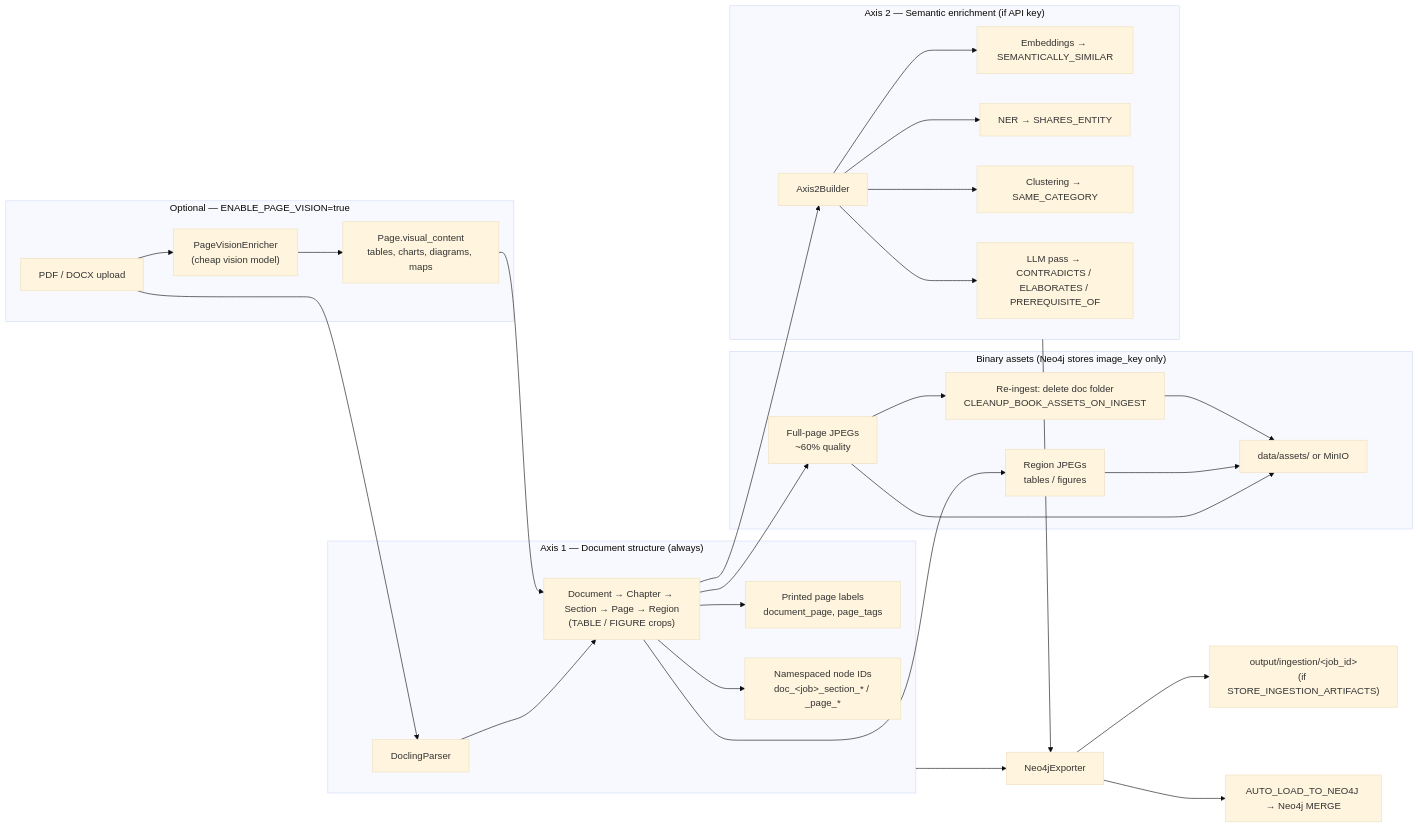
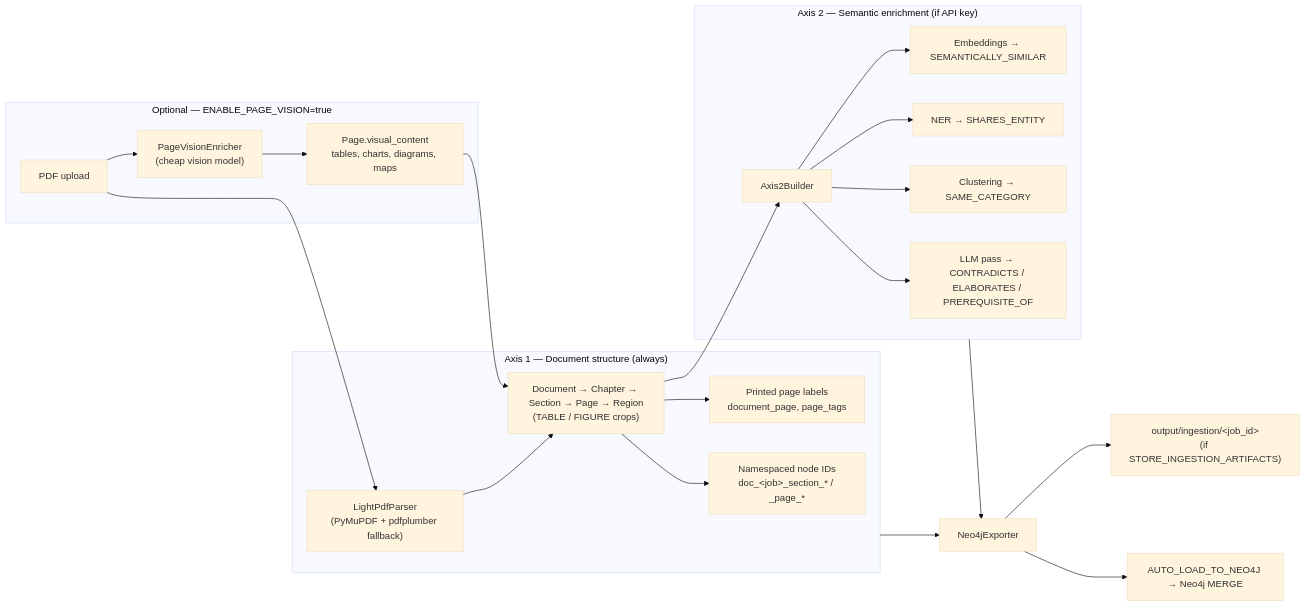
One commit to umerjavaidkh/agentic_graph_rag changed the second of 3 diagrams in README.md. Above: the diagram before and after it, drawn with Mermaid (base theme). The commit also changed other lines of this file and 43 other files, not shown here.

````diff
--- a/README.md
+++ b/README.md
@@ -580,38 +675,29 @@
 ```mermaid
 flowchart LR
-    PDF["PDF / DOCX upload"] --> P["DoclingParser"]
+    PDF["PDF upload"] --> P["LightPdfParser<br/>(PyMuPDF + pdfplumber fallback)"]
 
     subgraph A1["Axis 1 — Document structure (always)"]
         P --> TREE["Document → Chapter → Section → Page → Region<br/>(TABLE / FIGURE crops)"]
         TREE --> PN["Printed page labels<br/>document_page, page_tags"]
         TREE --> IDS["Namespaced node IDs<br/>doc_&lt;job&gt;_section_* / _page_*"]
-    end
-
-    subgraph Media["Binary assets (Neo4j stores image_key only)"]
-        TREE --> PI["Full-page JPEGs<br/>~60% quality"]
-        TREE --> RI["Region JPEGs<br/>tables / figures"]
-        PI --> STORE["data/assets/ or MinIO"]
-        RI --> STORE
-        PI --> CLEAN1["Re-ingest: delete doc folder<br/>CLEANUP_BOOK_ASSETS_ON_INGEST"]
-        CLEAN1 --> STORE
     end
 
     subgraph OptVision["Optional — ENABLE_PAGE_VISION=true"]
         PDF --> PV["PageVisionEnricher<br/>(cheap vision model)"]
         PV --> VC["Page.visual_content<br/>tables, charts, diagrams, maps"]
         VC --> TREE
     end
 
     subgraph A2["Axis 2 — Semantic enrichment (if API key)"]
         TREE --> AX2["Axis2Builder"]
         AX2 --> E1["Embeddings → SEMANTICALLY_SIMILAR"]
         AX2 --> E2["NER → SHARES_ENTITY"]
         AX2 --> E3["Clustering → SAME_CATEGORY"]
         AX2 --> E4["LLM pass → CONTRADICTS / ELABORATES / PREREQUISITE_OF"]
     end
 
     A2 --> EXP["Neo4jExporter"]
     A1 --> EXP
     EXP --> OUT["output/ingestion/&lt;job_id&gt;<br/>(if STORE_INGESTION_ARTIFACTS)"]
     EXP --> LOAD["AUTO_LOAD_TO_NEO4J → Neo4j MERGE"]
 ```
````
